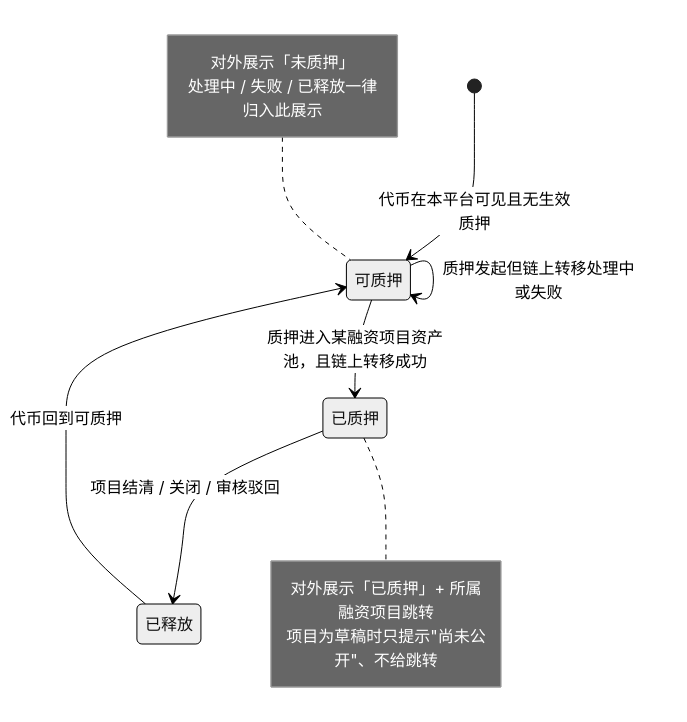
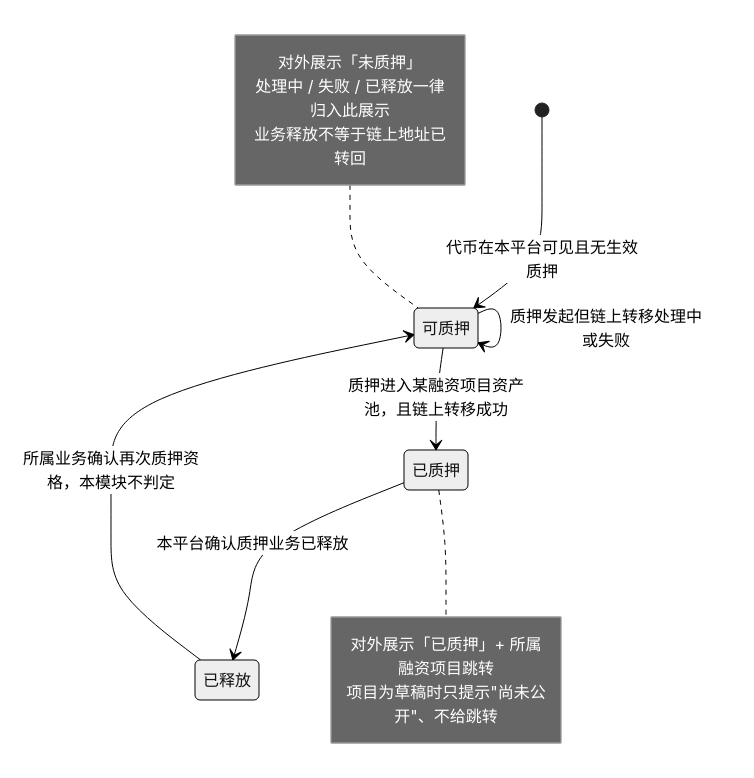
The fourth of 6 diagrams in lending-platform/PRD/v1.0-资产广场-已上架代币只读域/v1.0-资产广场-流程图与状态机.md (wxblockchain/Chain-Financing), drawn with Mermaid (neutral theme) before and after one commit. The commit also changed other lines of this file and 4 other files, not shown here.

````diff
--- a/lending-platform/PRD/v1.0-资产广场-已上架代币只读域/v1.0-资产广场-流程图与状态机.md
+++ b/lending-platform/PRD/v1.0-资产广场-已上架代币只读域/v1.0-资产广场-流程图与状态机.md
@@ -96,16 +97,17 @@
 ```mermaid
 stateDiagram-v2
   [*] --> 可质押: 代币在本平台可见且无生效质押
   可质押 --> 已质押: 质押进入某融资项目资产池，且链上转移成功
-  已质押 --> 已释放: 项目结清 / 关闭 / 审核驳回
-  已释放 --> 可质押: 代币回到可质押
+  已质押 --> 已释放: 本平台确认质押业务已释放
+  已释放 --> 可质押: 所属业务确认再次质押资格，本模块不判定
   可质押 --> 可质押: 质押发起但链上转移处理中或失败
   note right of 已质押
     对外展示「已质押」+ 所属融资项目跳转
     项目为草稿时只提示"尚未公开"、不给跳转
   end note
   note left of 可质押
     对外展示「未质押」
     处理中 / 失败 / 已释放一律归入此展示
+    业务释放不等于链上地址已转回
   end note
 ```
````
